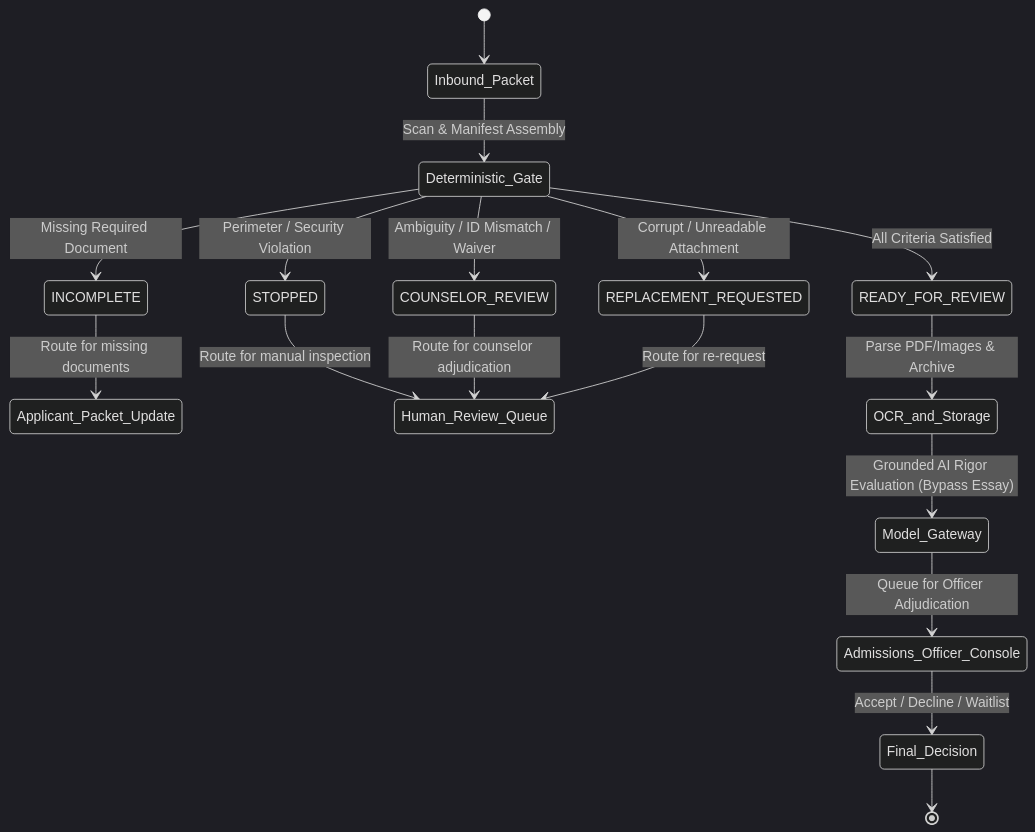
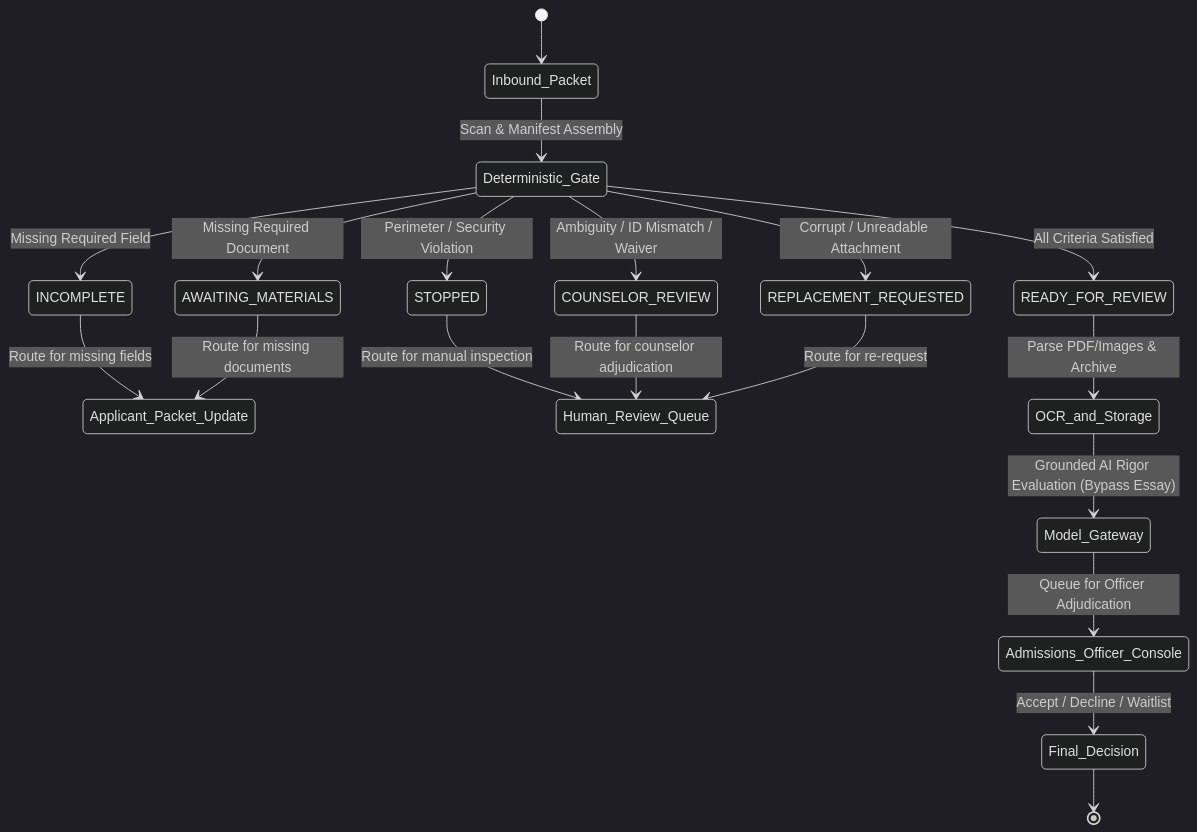
The second of 2 diagrams in docs/architecture/system_overview.md (kappasprouts/MSA8770-Fall2026), drawn with Mermaid (dark theme) before and after one commit. The commit also changed other lines of this file and 29 other files, not shown here.

Commit message:
Schema consistency (ordering, types, redudancy); New status separating missing docs vs missing fields; Write audit logs into PostgreSQL.

````diff
--- a/docs/architecture/system_overview.md
+++ b/docs/architecture/system_overview.md
@@ -109,23 +114,25 @@
 ```mermaid
 stateDiagram-v2
     [*] --> Inbound_Packet
     Inbound_Packet --> Deterministic_Gate: Scan & Manifest Assembly
 
     Deterministic_Gate --> STOPPED: Perimeter / Security Violation
     Deterministic_Gate --> COUNSELOR_REVIEW: Ambiguity / ID Mismatch / Waiver
     Deterministic_Gate --> REPLACEMENT_REQUESTED: Corrupt / Unreadable Attachment
-    Deterministic_Gate --> INCOMPLETE: Missing Required Document
+    Deterministic_Gate --> INCOMPLETE: Missing Required Field
+    Deterministic_Gate --> AWAITING_MATERIALS: Missing Required Document
     Deterministic_Gate --> READY_FOR_REVIEW: All Criteria Satisfied
 
-    INCOMPLETE --> Applicant_Packet_Update: Route for missing documents
+    INCOMPLETE --> Applicant_Packet_Update: Route for missing fields
+    AWAITING_MATERIALS --> Applicant_Packet_Update: Route for missing documents
     STOPPED --> Human_Review_Queue: Route for manual inspection
     COUNSELOR_REVIEW --> Human_Review_Queue: Route for counselor adjudication
     REPLACEMENT_REQUESTED --> Human_Review_Queue: Route for re-request
 
     READY_FOR_REVIEW --> OCR_and_Storage: Parse PDF/Images & Archive
     OCR_and_Storage --> Model_Gateway: Grounded AI Rigor Evaluation (Bypass Essay)
     Model_Gateway --> Admissions_Officer_Console: Queue for Officer Adjudication
 
     Admissions_Officer_Console --> Final_Decision: Accept / Decline / Waitlist
     Final_Decision --> [*]
 ```
````
